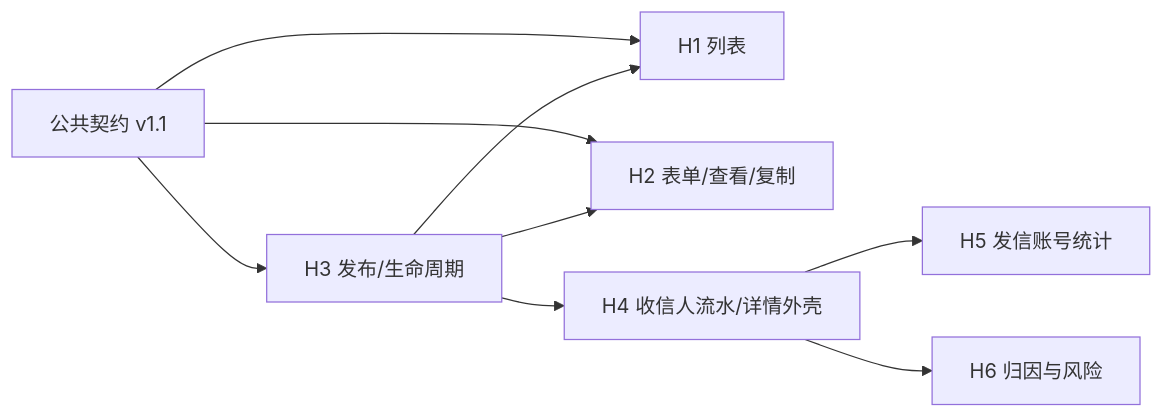
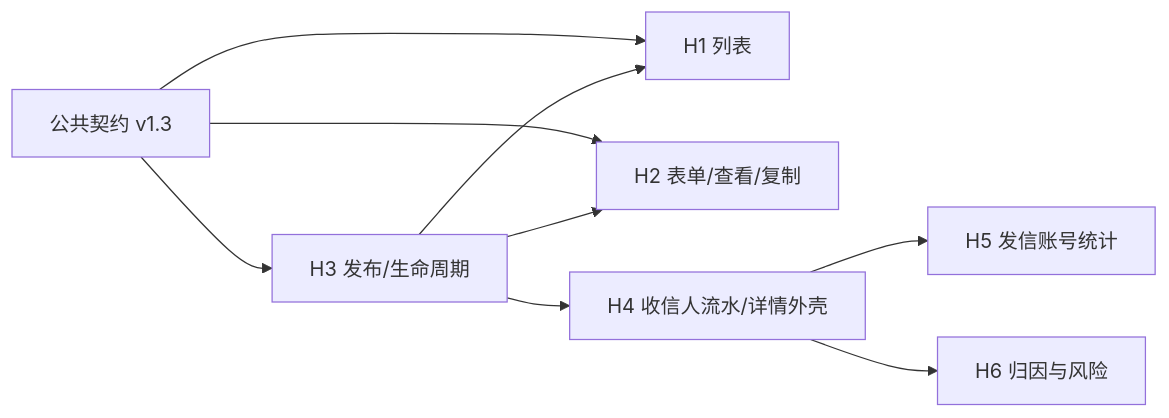
Before and after one commit to itdxzss/armada: the diagram in docs/superpowers/specs/2026-08-28-hyperlink-task-shared-contract.md, drawn with Mermaid. The commit also changed other lines of this file and 309 other files, not shown here.

````diff
--- a/docs/superpowers/specs/2026-08-28-hyperlink-task-shared-contract.md
+++ b/docs/superpowers/specs/2026-08-28-hyperlink-task-shared-contract.md
@@ -56,11 +56,11 @@
 ```mermaid
 flowchart LR
-    C[公共契约 v1.1] --> H1[H1 列表]
+    C[公共契约 v1.3] --> H1[H1 列表]
     C --> H2[H2 表单/查看/复制]
     C --> H3[H3 发布/生命周期]
     H3 --> H1
     H3 --> H2
     H3 --> H4[H4 收信人流水/详情外壳]
     H4 --> H5[H5 发信账号统计]
     H4 --> H6[H6 归因与风险]
 ```
````
